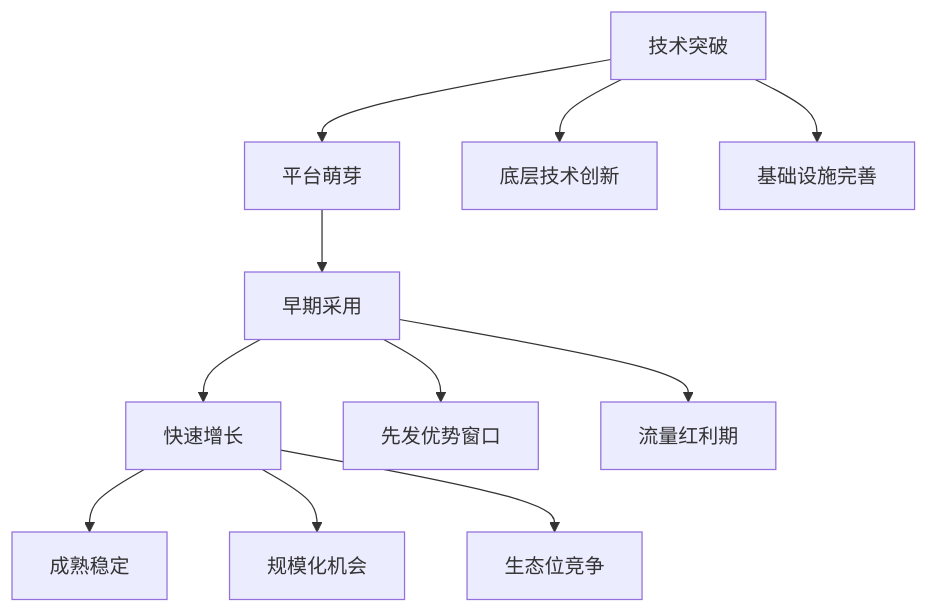
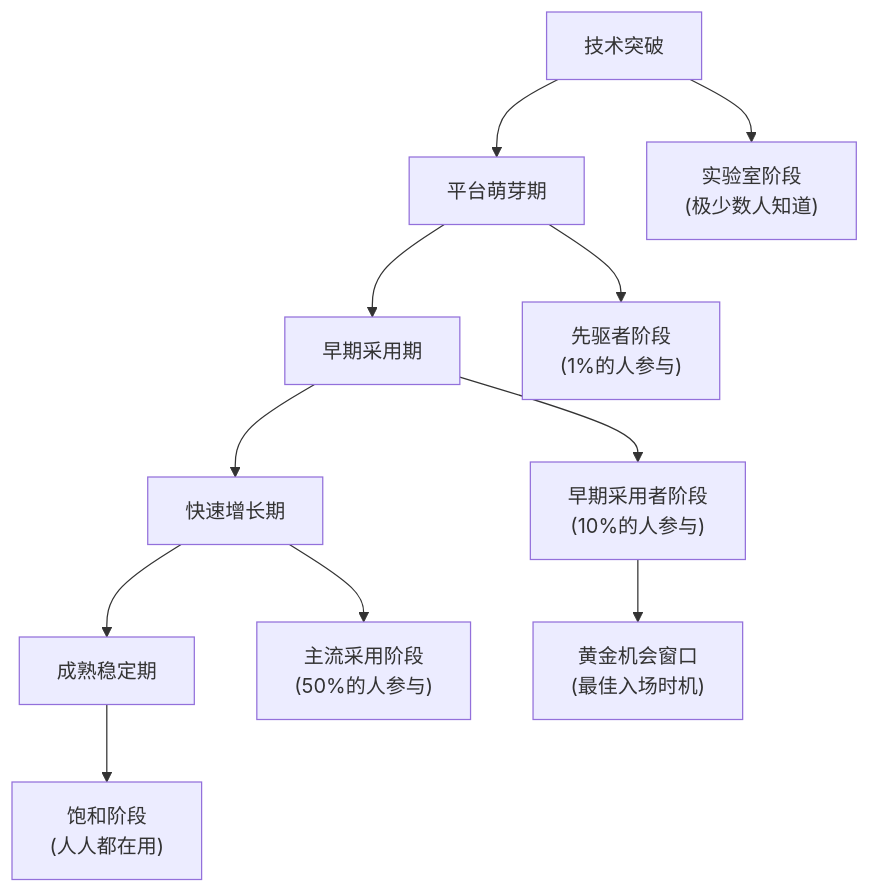
One commit to Rhan2020/my-blog changed the diagram in posts/script-arbitrage-emerging-platforms-analysis.md. Above: the diagram before and after it, drawn with Mermaid. The commit also changed other lines of this file and 1 other file, not shown here.

````diff
--- a/posts/script-arbitrage-emerging-platforms-analysis.md
+++ b/posts/script-arbitrage-emerging-platforms-analysis.md
@@ -18,16 +22,15 @@
 ```mermaid
 graph TD
-    A[技术突破] --> B[平台萌芽]
-    B --> C[早期采用]
-    C --> D[快速增长]
-    D --> E[成熟稳定]
+    A[技术突破] --> B[平台萌芽期]
+    B --> C[早期采用期]
+    C --> D[快速增长期]
+    D --> E[成熟稳定期]
     
-    A --> A1[底层技术创新]
-    A --> A2[基础设施完善]
+    A --> A1["实验室阶段<br/>(极少数人知道)"]
+    B --> B1["先驱者阶段<br/>(1%的人参与)"]
+    C --> C1["早期采用者阶段<br/>(10%的人参与)"]
+    D --> D1["主流采用阶段<br/>(50%的人参与)"]
+    E --> E1["饱和阶段<br/>(人人都在用)"]
     
-    C --> C1[先发优势窗口]
-    C --> C2[流量红利期]
-    
-    D --> D1[规模化机会]
-    D --> D2[生态位竞争]
+    C1 --> F["黄金机会窗口<br/>(最佳入场时机)"]
 ```
````
